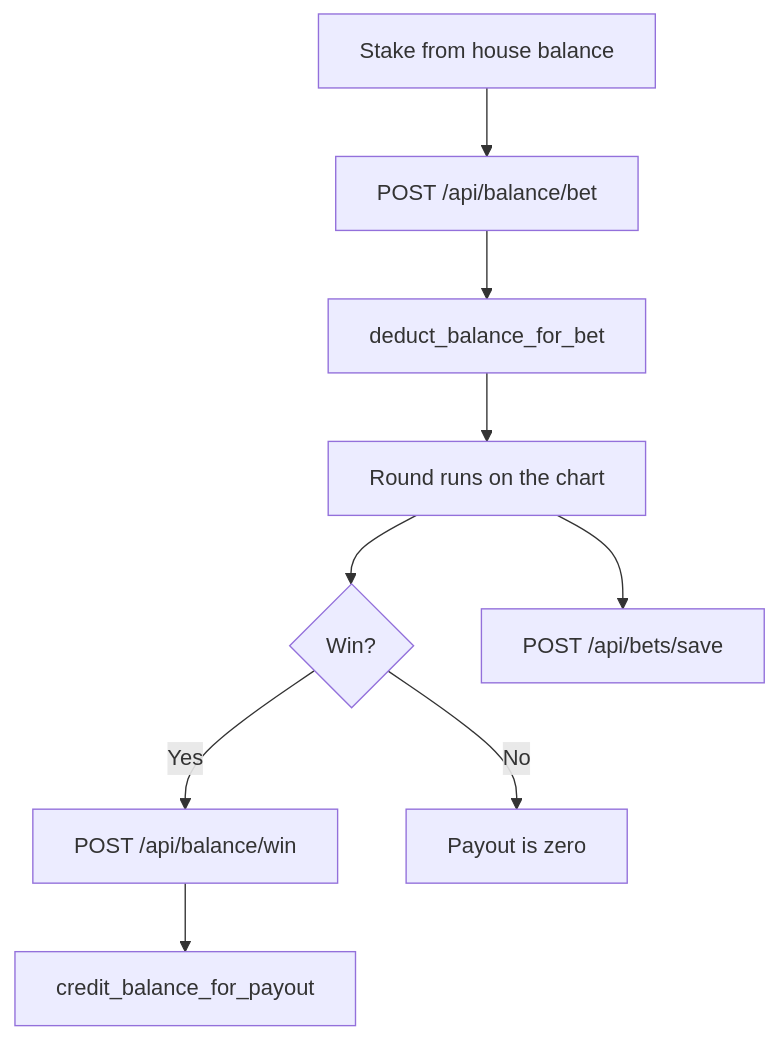
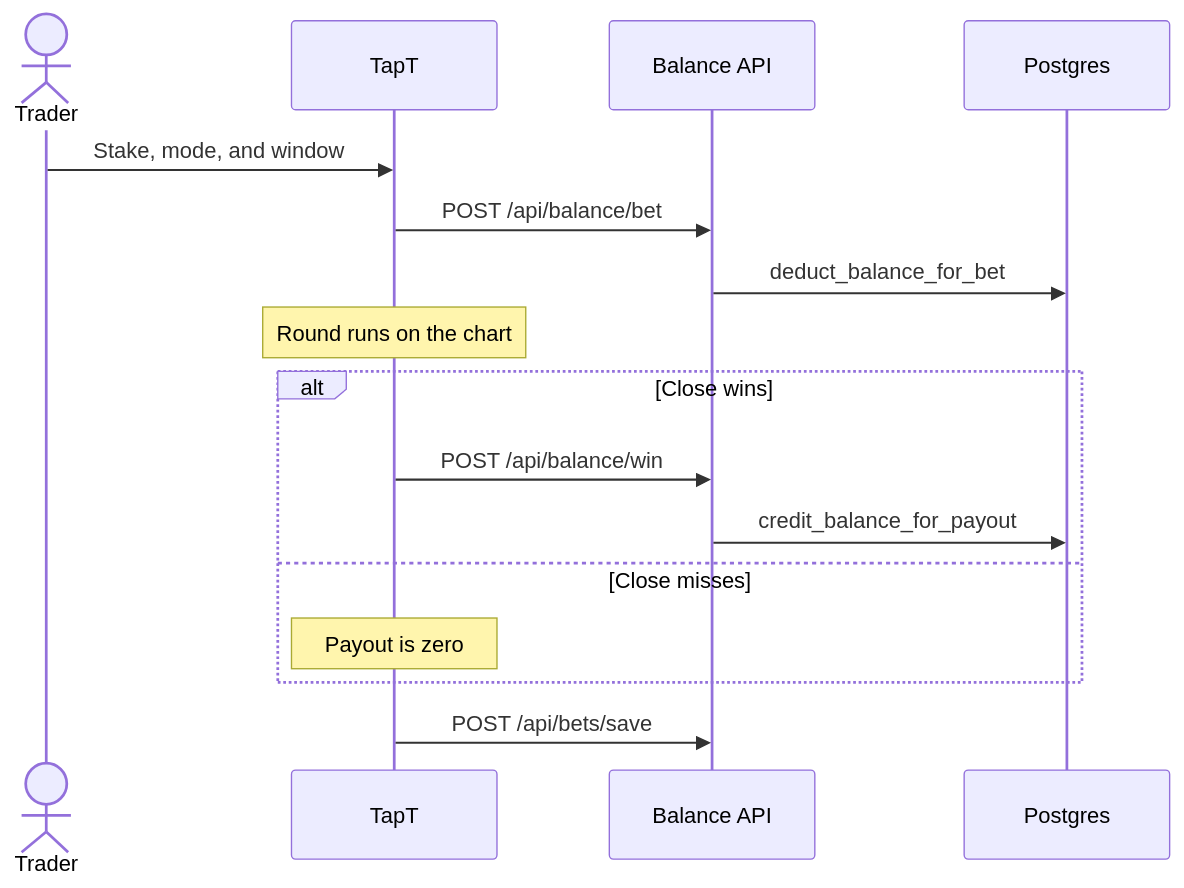
One commit to AmaanSayyad/TapT changed the second of 3 diagrams in README.md. Above: the diagram before and after it, drawn with Mermaid. The commit also changed other lines of this file, not shown here.

First line of the commit message:
Document TapT as a public-price binary desk, with Robinhood Chain first.

````diff
--- a/README.md
+++ b/README.md
@@ -236,11 +224,19 @@
 ```mermaid
-flowchart TD
-  A[Stake from house balance] --> B[POST /api/balance/bet]
-  B --> C[deduct_balance_for_bet]
-  C --> D[Round runs on the chart]
-  D --> E{Win?}
-  E -- Yes --> F[POST /api/balance/win]
-  F --> G[credit_balance_for_payout]
-  E -- No --> H[Payout is zero]
-  D --> I[POST /api/bets/save]
+sequenceDiagram
+  actor Trader
+  participant App as TapT
+  participant API as Balance API
+  participant DB as Postgres
+
+  Trader->>App: Stake, mode, and window
+  App->>API: POST /api/balance/bet
+  API->>DB: deduct_balance_for_bet
+  Note over App: Round runs on the chart
+  alt Close wins
+    App->>API: POST /api/balance/win
+    API->>DB: credit_balance_for_payout
+  else Close misses
+    Note over App: Payout is zero
+  end
+  App->>API: POST /api/bets/save
 ```
````
